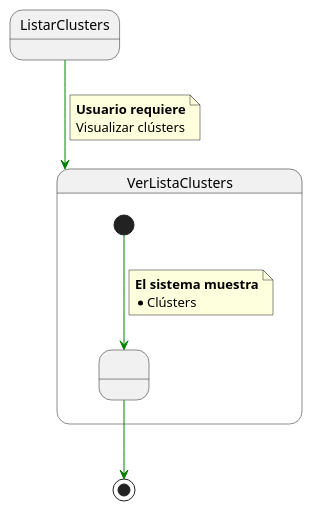
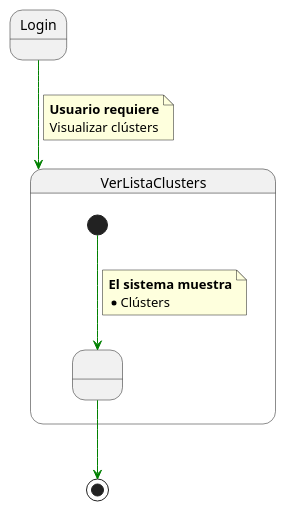
One commit to mmasias/IdSw1-22-23 changed the diagram in 000-entregas/Grupo1/DetalleCasosDeUso/ListarClusters.puml. Above: the diagram before and after it, drawn with PlantUML.

```diff
--- a/000-entregas/Grupo1/DetalleCasosDeUso/ListarClusters.puml
+++ b/000-entregas/Grupo1/DetalleCasosDeUso/ListarClusters.puml
@@ -1,29 +1,29 @@
 @startuml ListarClusters
 
-State ListarClusters
+State Login
 
 State VerListaClusters{ 
 
   State state1 as " "
 
   [*] -[#green]-> state1
 
   note on link 
     <b>El sistema muestra
     * Clústers
   end note
 
 
 } 
 
-ListarClusters-[#green]-> VerListaClusters
+Login-[#green]-> VerListaClusters
 
 note on link
  <b>Usuario requiere
  Visualizar clústers
 end note
 
 state1 -[#green]-> [*] 
 
 
 @enduml
```
